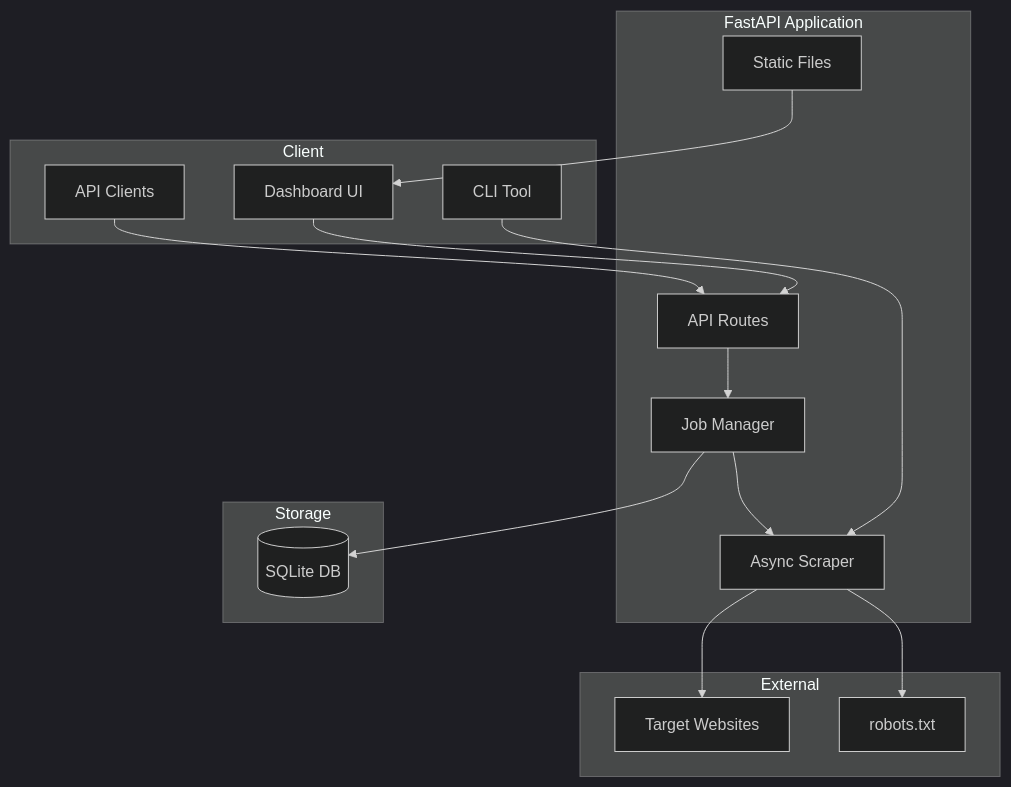
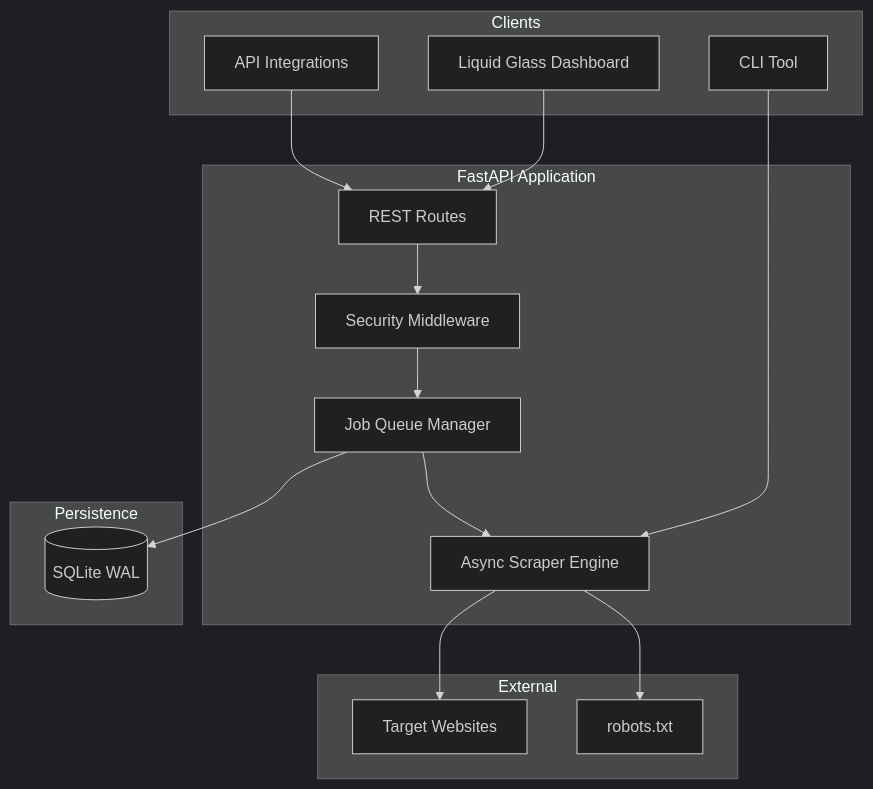
The diagram in README.md (D1bakar/web-scraper), drawn with Mermaid (dark theme) before and after one commit. The commit also changed other lines of this file and 16 other files, not shown here.

````diff
--- a/README.md
+++ b/README.md
@@ -87,34 +115,34 @@
 ```mermaid
 flowchart TB
-    subgraph Client
-        UI[Dashboard UI]
-        CLI[CLI Tool]
-        API_Client[API Clients]
+    subgraph Client["Clients"]
+        UI["Liquid Glass Dashboard"]
+        CLI["CLI Tool"]
+        API_C["API Integrations"]
     end
 
-    subgraph FastAPI["FastAPI Application"]
-        Routes[API Routes]
-        Static[Static Files]
-        Jobs[Job Manager]
-        Scraper[Async Scraper]
+    subgraph App["FastAPI Application"]
+        Routes["REST Routes"]
+        Jobs["Job Queue Manager"]
+        Scraper["Async Scraper Engine"]
+        MW["Security Middleware"]
     end
 
-    subgraph Storage
-        SQLite[(SQLite DB)]
+    subgraph Data["Persistence"]
+        DB[("SQLite WAL")]
     end
 
-    subgraph External
-        Web[Target Websites]
-        Robots[robots.txt]
+    subgraph External["External"]
+        Sites["Target Websites"]
+        Robots["robots.txt"]
     end
 
     UI --> Routes
     CLI --> Scraper
-    API_Client --> Routes
-    Routes --> Jobs
+    API_C --> Routes
+    Routes --> MW
+    MW --> Jobs
     Jobs --> Scraper
-    Jobs --> SQLite
-    Scraper --> Web
+    Jobs --> DB
+    Scraper --> Sites
     Scraper --> Robots
-    Static --> UI
 ```
````
